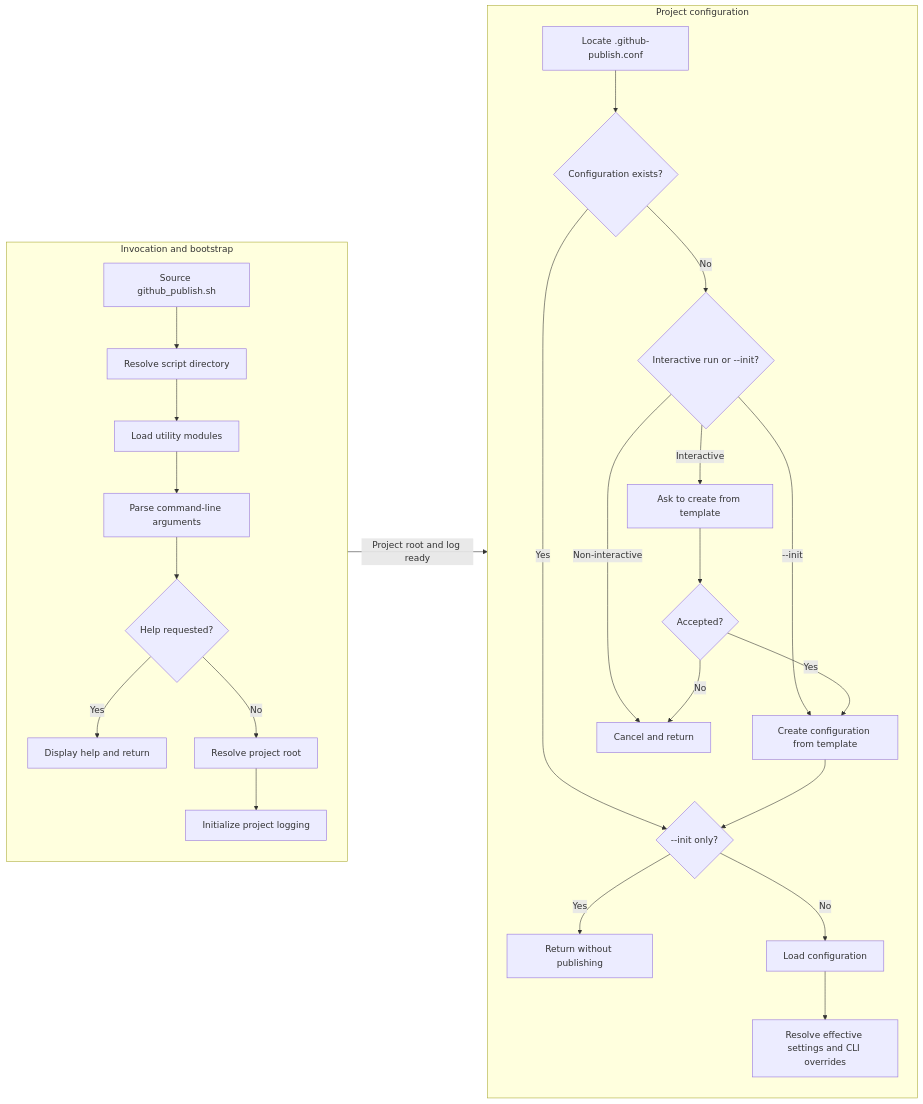
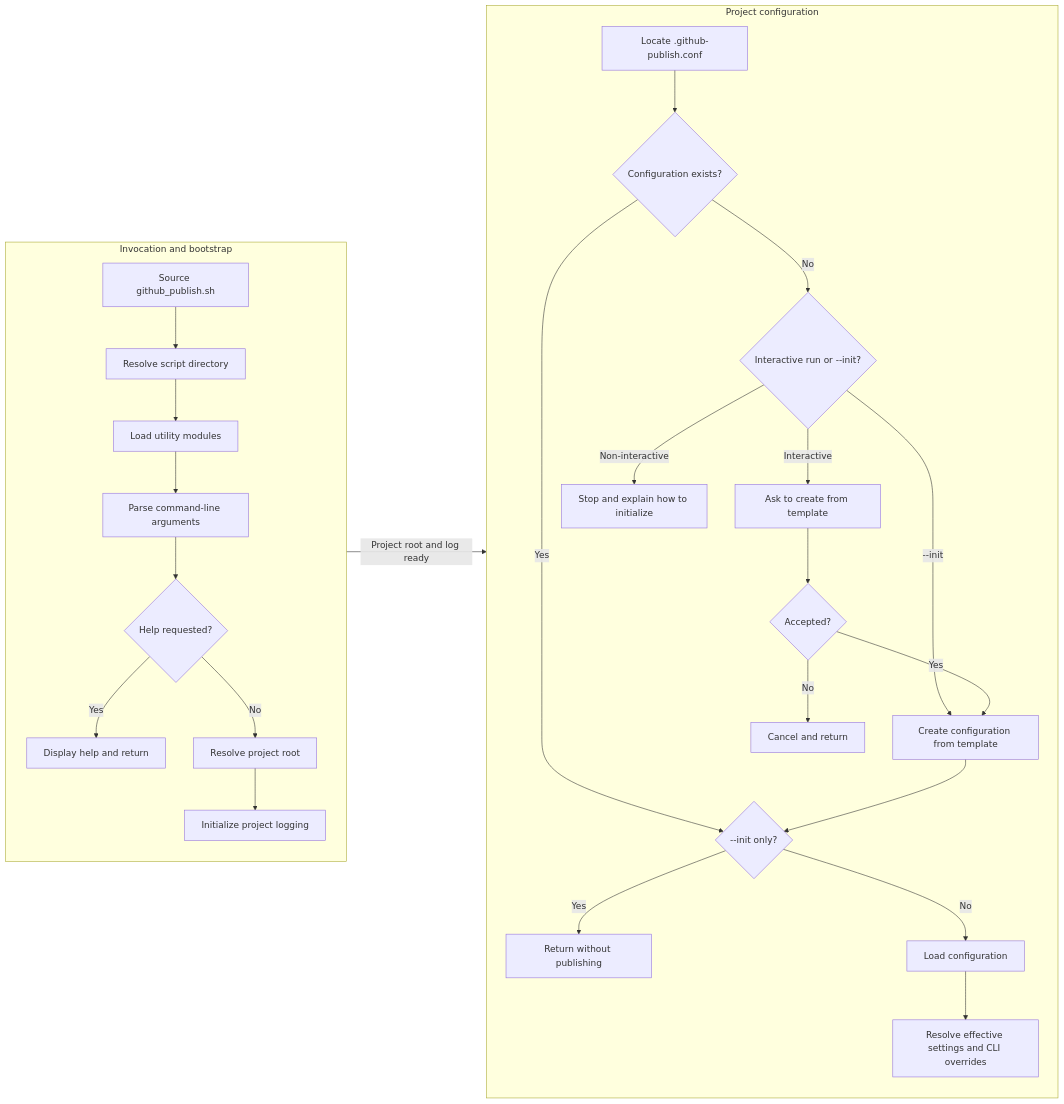
One commit to TheInternetTutor/ghputil changed the first of 3 diagrams in README/015_program_flow.md. Above: the diagram before and after it, drawn with Mermaid. The commit also changed other lines of this file, not shown here.

Commit message:
Update project repository policy and refine Mermaid workflow diagrams

````diff
--- a/README/015_program_flow.md
+++ b/README/015_program_flow.md
@@ -11,30 +9,30 @@
 ```mermaid
 flowchart LR
   subgraph A[Invocation and bootstrap]
     direction TB
     A1[Source github_publish.sh] --> A2[Resolve script directory]
     A2 --> A3[Load utility modules]
     A3 --> A4[Parse command-line arguments]
     A4 --> A5{Help requested?}
     A5 -- Yes --> A6[Display help and return]
     A5 -- No --> A7[Resolve project root]
     A7 --> A8[Initialize project logging]
   end
   subgraph B[Project configuration]
     direction TB
     B1[Locate .github-publish.conf] --> B2{Configuration exists?}
     B2 -- Yes --> B8{--init only?}
     B2 -- No --> B3{Interactive run or --init?}
     B3 -- Interactive --> B4[Ask to create from template]
     B3 -->|--init| B6[Create configuration from template]
     B3 -- Non-interactive --> BX[Stop and explain how to initialize]
     B4 --> B7{Accepted?}
     B7 -- Yes --> B6
-    B7 -- No --> BX[Cancel and return]
+    B7 -- No --> BY[Cancel and return]
     B6 --> B8
-    B8 -- Yes --> BY[Return without publishing]
+    B8 -- Yes --> BZ[Return without publishing]
     B8 -- No --> B5[Load configuration]
     B5 --> B9[Resolve effective settings and CLI overrides]
   end
-  A8 -->|Project root and log ready| B1
+  A -->|Project root and log ready| B
 ```
````
